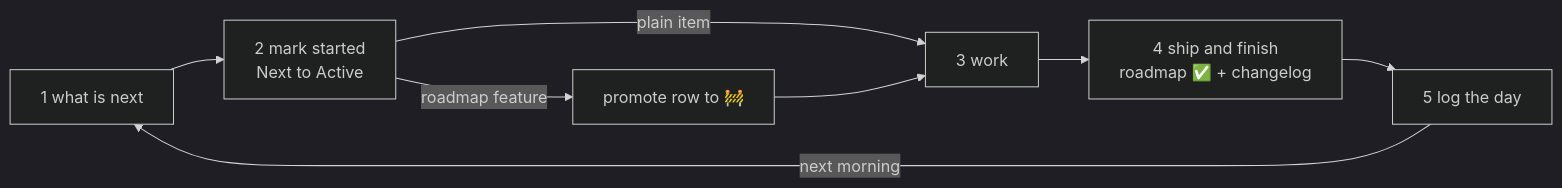
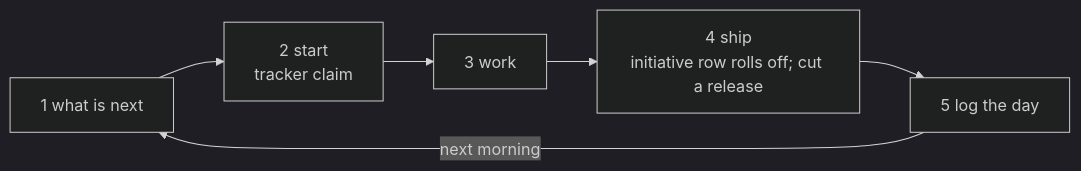
One commit to lagtac/my-fab-agent-setup changed the first of 3 diagrams in docs/workflow-skills.md. Above: the diagram before and after it, drawn with Mermaid (dark theme). The commit also changed other lines of this file and 1 other file, not shown here.

````diff
--- a/docs/workflow-skills.md
+++ b/docs/workflow-skills.md
@@ -23,10 +35,8 @@
 ```mermaid
 flowchart LR
-    A["1 what is next"] --> B["2 mark started<br/>Next to Active"]
-    B -->|roadmap feature| R["promote row to 🚧"]
-    B -->|plain item| C["3 work"]
-    R --> C
-    C --> D["4 ship and finish<br/>roadmap ✅ + changelog"]
+    A["1 what is next"] --> B["2 start<br/>tracker claim"]
+    B --> C["3 work"]
+    C --> D["4 ship<br/>initiative row rolls off; cut a release"]
     D --> E["5 log the day"]
     E -->|next morning| A
 ```
````
